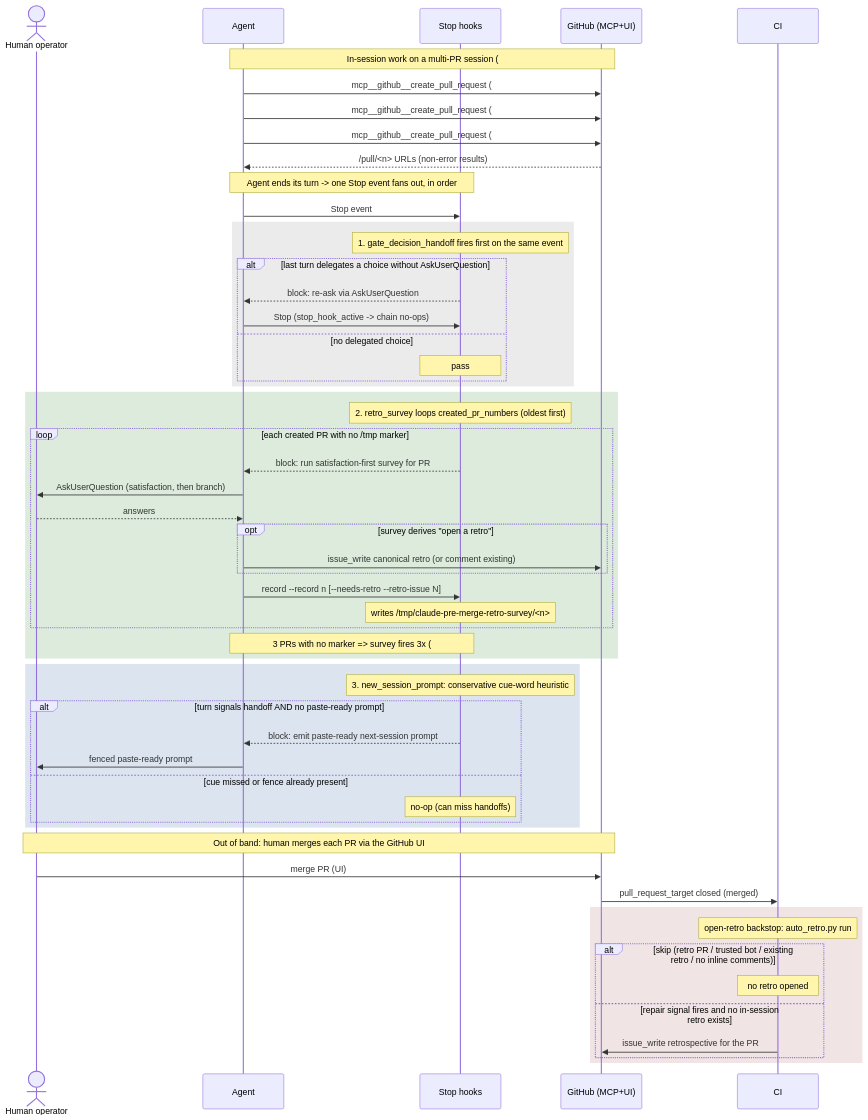
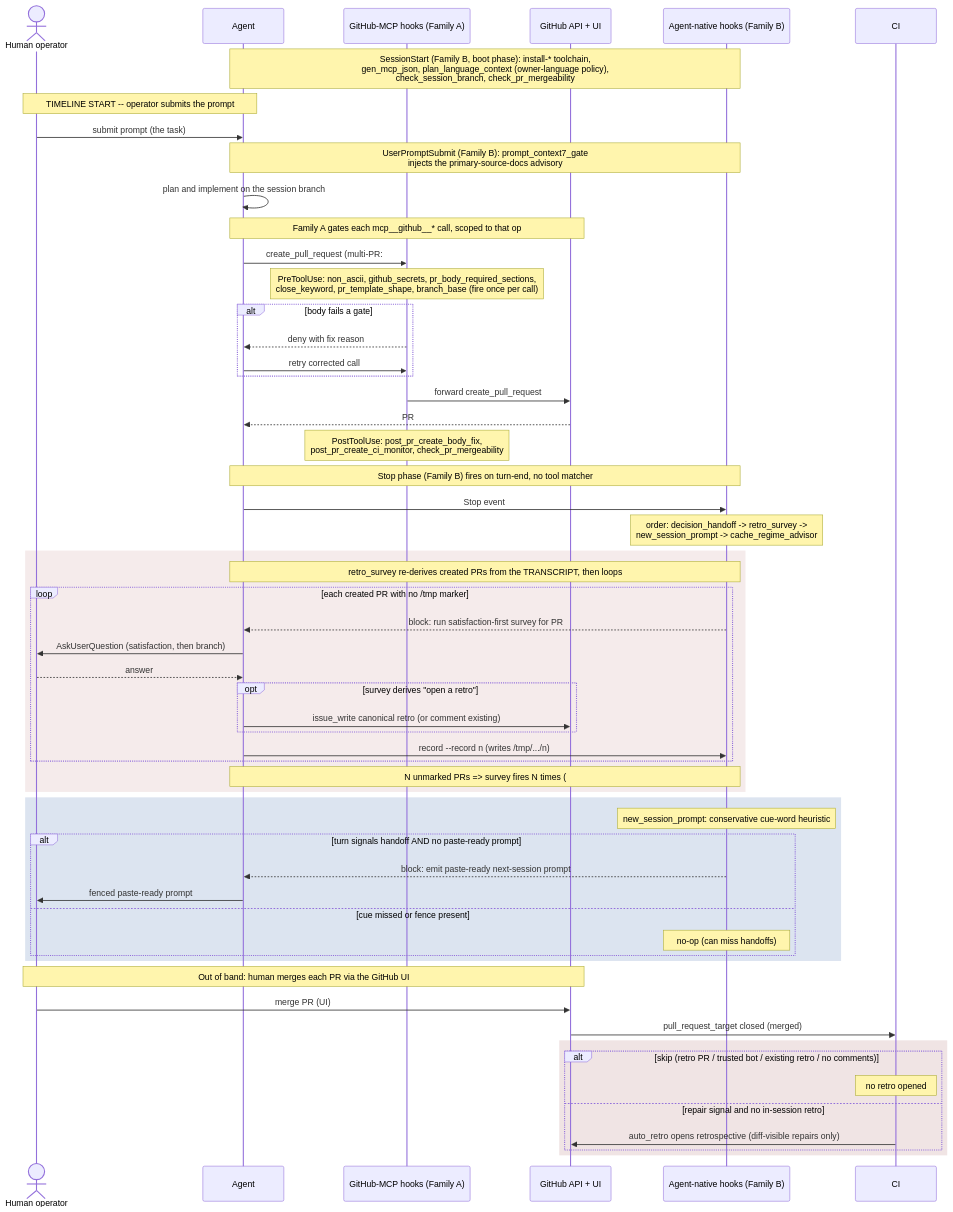
One commit to tvna/claude-md changed the diagram in docs/uml/survey-followup-timing.sequence.md. Above: the diagram before and after it, drawn with Mermaid. The commit also changed other lines of this file, not shown here.

First line of the commit message:
docs(uml): separate hook families and anchor the timeline at SessionStart (#1594)

````diff
--- a/docs/uml/survey-followup-timing.sequence.md
+++ b/docs/uml/survey-followup-timing.sequence.md
@@ -29,65 +45,65 @@
 ```mermaid
 sequenceDiagram
     actor Human as Human operator
     participant Agent
-    participant Hooks as Stop hooks
-    participant GH as GitHub (MCP+UI)
+    participant MGate as GitHub-MCP hooks (Family A)
+    participant GH as GitHub API + UI
+    participant Stop as Agent-native hooks (Family B)
     participant CI
 
-    Note over Agent,GH: In-session work on a multi-PR session (#1582 / #1584 / #1589)
-    Agent->>GH: mcp__github__create_pull_request (#1582)
-    Agent->>GH: mcp__github__create_pull_request (#1584)
-    Agent->>GH: mcp__github__create_pull_request (#1589)
-    GH-->>Agent: /pull/<n> URLs (non-error results)
+    Note over Agent,Stop: SessionStart (Family B, boot phase): install-* toolchain,<br/>gen_mcp_json, plan_language_context (owner-language policy),<br/>check_session_branch, check_pr_mergeability
+    Note over Human,Agent: TIMELINE START -- operator submits the prompt
+    Human->>Agent: submit prompt (the task)
+    Note over Agent,Stop: UserPromptSubmit (Family B): prompt_context7_gate<br/>injects the primary-source-docs advisory
+    Agent->>Agent: plan and implement on the session branch
 
-    Note over Agent,Hooks: Agent ends its turn -> one Stop event fans out, in order
-    Agent->>Hooks: Stop event
+    Note over Agent,GH: Family A gates each mcp__github__* call, scoped to that op
+    Agent->>MGate: create_pull_request (multi-PR: #1582 / #1584 / #1589)
+    Note over MGate: PreToolUse: non_ascii, github_secrets, pr_body_required_sections,<br/>close_keyword, pr_template_shape, branch_base (fire once per call)
+    alt body fails a gate
+        MGate-->>Agent: deny with fix reason
+        Agent->>MGate: retry corrected call
+    end
+    MGate->>GH: forward create_pull_request
+    GH-->>Agent: PR #n created (/pull/n)
+    Note over MGate: PostToolUse: post_pr_create_body_fix,<br/>post_pr_create_ci_monitor, check_pr_mergeability
 
-    rect rgb(235,235,235)
-    Note over Hooks: 1. gate_decision_handoff fires first on the same event
-    alt last turn delegates a choice without AskUserQuestion
-        Hooks-->>Agent: block: re-ask via AskUserQuestion
-        Agent->>Hooks: Stop (stop_hook_active -> chain no-ops)
-    else no delegated choice
-        Note over Hooks: pass
-    end
-    end
+    Note over Agent,Stop: Stop phase (Family B) fires on turn-end, no tool matcher
+    Agent->>Stop: Stop event
+    Note over Stop: order: decision_handoff -> retro_survey -><br/>new_session_prompt -> cache_regime_advisor
 
-    rect rgb(220,235,220)
-    Note over Hooks: 2. retro_survey loops created_pr_numbers (oldest first)
+    rect rgb(245,235,235)
+    Note over Stop,Agent: retro_survey re-derives created PRs from the TRANSCRIPT, then loops
     loop each created PR with no /tmp marker
-        Hooks-->>Agent: block: run satisfaction-first survey for PR #n
+        Stop-->>Agent: block: run satisfaction-first survey for PR #n
         Agent->>Human: AskUserQuestion (satisfaction, then branch)
-        Human-->>Agent: answers
+        Human-->>Agent: answer
         opt survey derives "open a retro"
             Agent->>GH: issue_write canonical retro (or comment existing)
         end
-        Agent->>Hooks: record --record n [--needs-retro --retro-issue N]
-        Note over Hooks: writes /tmp/claude-pre-merge-retro-survey/<n>
+        Agent->>Stop: record --record n (writes /tmp/.../n)
     end
-    Note over Hooks,Agent: 3 PRs with no marker => survey fires 3x (#1594)
+    Note over Stop,Agent: N unmarked PRs => survey fires N times (#1594)
     end
 
     rect rgb(220,228,240)
-    Note over Hooks: 3. new_session_prompt: conservative cue-word heuristic
+    Note over Stop: new_session_prompt: conservative cue-word heuristic
     alt turn signals handoff AND no paste-ready prompt
-        Hooks-->>Agent: block: emit paste-ready next-session prompt
+        Stop-->>Agent: block: emit paste-ready next-session prompt
         Agent->>Human: fenced paste-ready prompt
-    else cue missed or fence already present
-        Note over Hooks: no-op (can miss handoffs)
+    else cue missed or fence present
+        Note over Stop: no-op (can miss handoffs)
     end
     end
 
     Note over Human,GH: Out of band: human merges each PR via the GitHub UI
     Human->>GH: merge PR (UI)
     GH->>CI: pull_request_target closed (merged)
-
     rect rgb(240,228,228)
-    Note over CI: open-retro backstop: auto_retro.py run
-    alt skip (retro PR / trusted bot / existing retro / no inline comments)
+    alt skip (retro PR / trusted bot / existing retro / no comments)
         Note over CI: no retro opened
-    else repair signal fires and no in-session retro exists
-        CI->>GH: issue_write retrospective for the PR
+    else repair signal and no in-session retro
+        CI->>GH: auto_retro opens retrospective (diff-visible repairs only)
     end
     end
 ```
````
